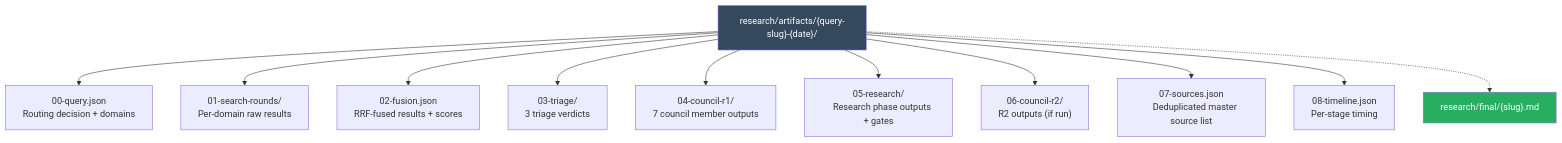
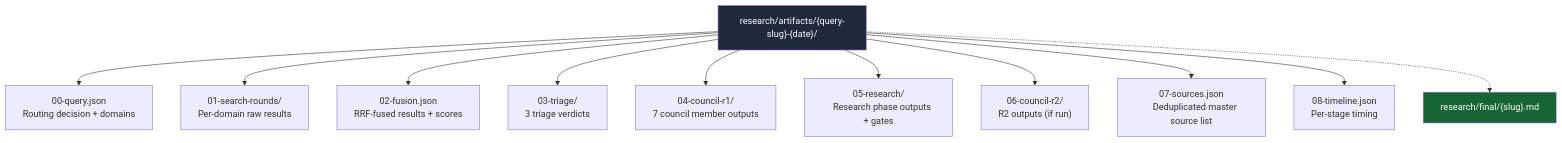
Before and after one commit to adambkovacs/seine-agentic-search-orchestrator-plugin: the third of 3 diagrams in docs/ARCHITECTURE.md, drawn with Mermaid. The commit also changed other lines of this file and 1 other file, not shown here.

First line of the commit message:
fix: WCAG AA compliant Mermaid diagram colors

````diff
--- a/docs/ARCHITECTURE.md
+++ b/docs/ARCHITECTURE.md
@@ -191,26 +191,26 @@
 ```mermaid
 graph TD
     ROOT["research/artifacts/{query-slug}-{date}/"] --> Q0["00-query.json
     Routing decision + domains"]
     ROOT --> S1["01-search-rounds/
     Per-domain raw results"]
     ROOT --> F2["02-fusion.json
     RRF-fused results + scores"]
     ROOT --> T3["03-triage/
     3 triage verdicts"]
     ROOT --> C4["04-council-r1/
     7 council member outputs"]
     ROOT --> R5["05-research/
     Research phase outputs + gates"]
     ROOT --> C6["06-council-r2/
     R2 outputs (if run)"]
     ROOT --> S7["07-sources.json
     Deduplicated master source list"]
     ROOT --> T8["08-timeline.json
     Per-stage timing"]
 
     ROOT -.-> FINAL["research/final/{slug}.md"]
 
-    style ROOT fill:#34495E,color:#fff
-    style FINAL fill:#27AE60,color:#fff
+    style ROOT fill:#1E293B,color:#fff
+    style FINAL fill:#166534,color:#fff
 ```
````
